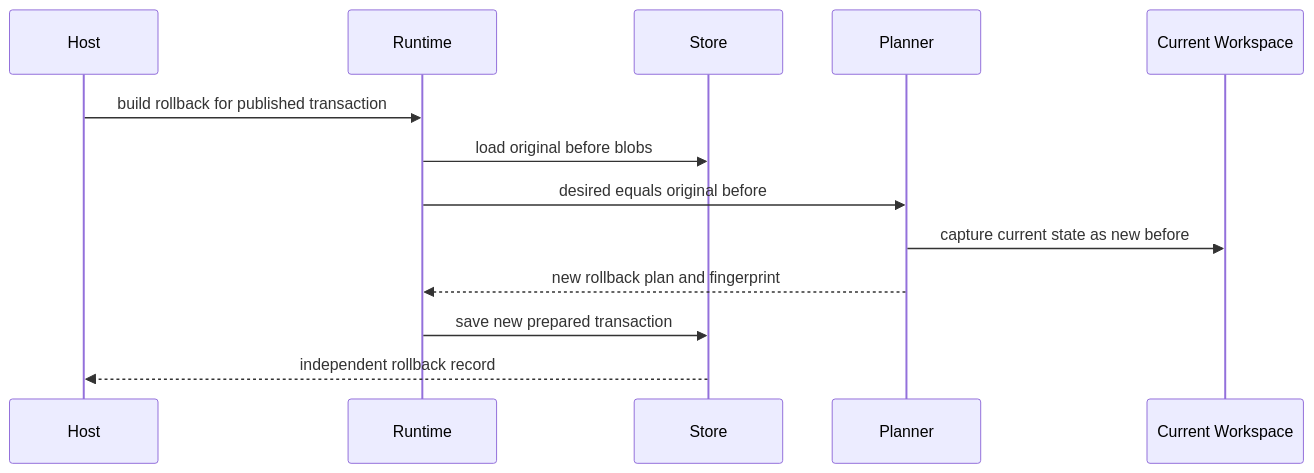
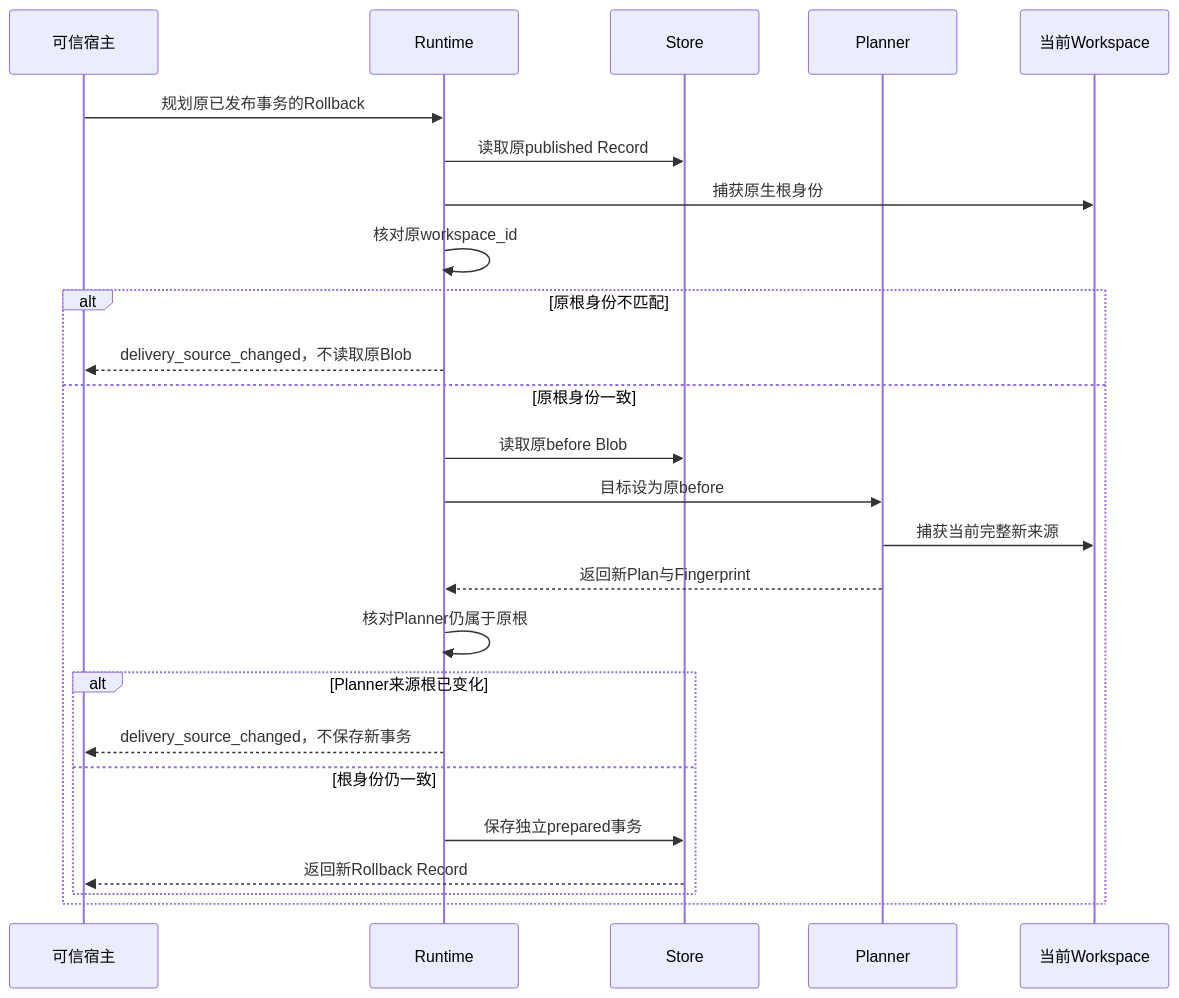
The ninth of 18 diagrams in docs/modules/delivery.md (carrie1988/Harnessix), drawn with Mermaid before and after one commit. The commit also changed other lines of this file and 13 other files, not shown here.

````diff
--- a/docs/modules/delivery.md
+++ b/docs/modules/delivery.md
@@ -601,15 +636,27 @@
 ```mermaid
 sequenceDiagram
-    participant H as Host
+    participant H as 可信宿主
     participant R as Runtime
     participant S as Store
     participant P as Planner
-    participant W as Current Workspace
-    H->>R: build rollback for published transaction
-    R->>S: load original before blobs
-    R->>P: desired equals original before
-    P->>W: capture current state as new before
-    P-->>R: new rollback plan and fingerprint
-    R->>S: save new prepared transaction
-    S-->>H: independent rollback record
+    participant W as 当前Workspace
+    H->>R: 规划原已发布事务的Rollback
+    R->>S: 读取原published Record
+    R->>W: 捕获原生根身份
+    R->>R: 核对原workspace_id
+    alt 原根身份不匹配
+        R-->>H: delivery_source_changed，不读取原Blob
+    else 原根身份一致
+        R->>S: 读取原before Blob
+        R->>P: 目标设为原before
+        P->>W: 捕获当前完整新来源
+        P-->>R: 返回新Plan与Fingerprint
+        R->>R: 核对Planner仍属于原根
+        alt Planner来源根已变化
+            R-->>H: delivery_source_changed，不保存新事务
+        else 根身份仍一致
+            R->>S: 保存独立prepared事务
+            S-->>H: 返回新Rollback Record
+        end
+    end
 ```
````
